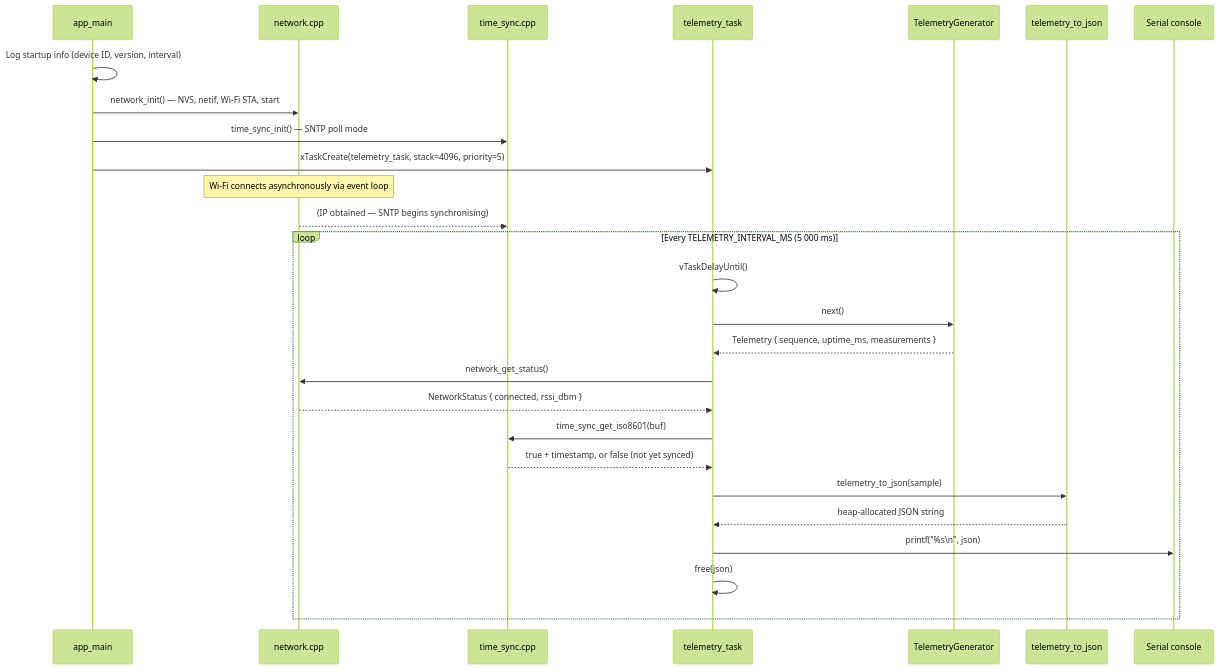
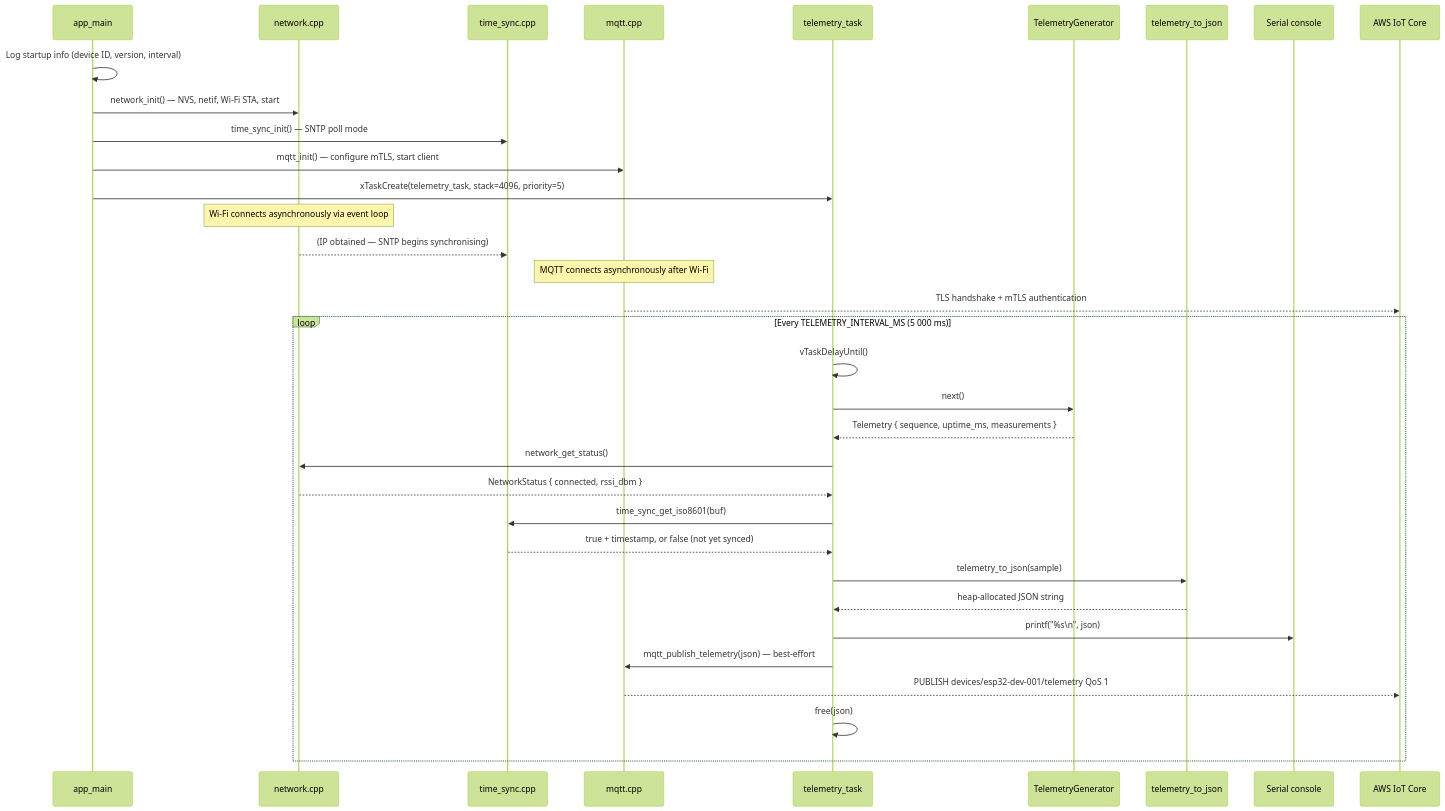
The second of 4 diagrams in docs/architecture.md (IoTEdgeConnect/firmware), drawn with Mermaid (forest theme) before and after one commit. The commit also changed other lines of this file and 1 other file, not shown here.

Commit message:
docs: update architecture and roadmap for Phase 3 completion

````diff
--- a/docs/architecture.md
+++ b/docs/architecture.md
@@ -136,32 +163,39 @@
 ```mermaid
 sequenceDiagram
     participant M as app_main
     participant N as network.cpp
     participant TS as time_sync.cpp
+    participant MQ as mqtt.cpp
     participant T as telemetry_task
     participant G as TelemetryGenerator
     participant S as telemetry_to_json
     participant C as Serial console
+    participant AWS as AWS IoT Core
 
     M->>M: Log startup info (device ID, version, interval)
     M->>N: network_init() — NVS, netif, Wi-Fi STA, start
     M->>TS: time_sync_init() — SNTP poll mode
+    M->>MQ: mqtt_init() — configure mTLS, start client
     M->>T: xTaskCreate(telemetry_task, stack=4096, priority=5)
 
     Note over N: Wi-Fi connects asynchronously via event loop
     N-->>TS: (IP obtained — SNTP begins synchronising)
+    Note over MQ: MQTT connects asynchronously after Wi-Fi
+    MQ-->>AWS: TLS handshake + mTLS authentication
 
     loop Every TELEMETRY_INTERVAL_MS (5 000 ms)
         T->>T: vTaskDelayUntil()
         T->>G: next()
         G-->>T: Telemetry { sequence, uptime_ms, measurements }
         T->>N: network_get_status()
         N-->>T: NetworkStatus { connected, rssi_dbm }
         T->>TS: time_sync_get_iso8601(buf)
         TS-->>T: true + timestamp, or false (not yet synced)
         T->>S: telemetry_to_json(sample)
         S-->>T: heap-allocated JSON string
         T->>C: printf("%s\n", json)
+        T->>MQ: mqtt_publish_telemetry(json) — best-effort
+        MQ-->>AWS: PUBLISH devices/esp32-dev-001/telemetry QoS 1
         T->>T: free(json)
     end
 ```
````
